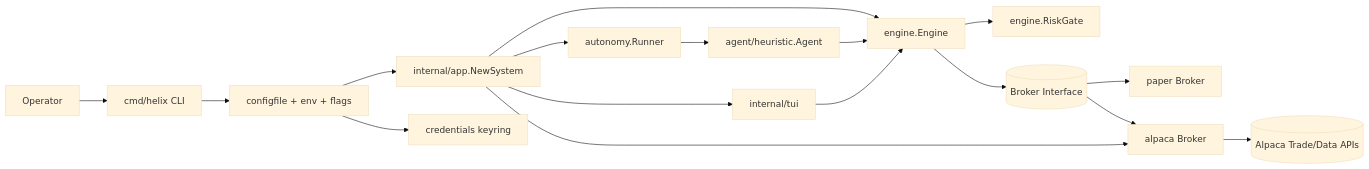
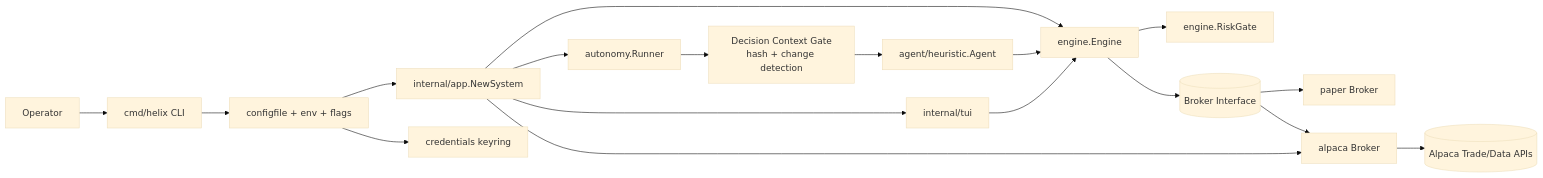
Before and after one commit to nerdstep/helix-tui: the first of 4 diagrams in docs/architecture.md, drawn with Mermaid (base theme). The commit also changed other lines of this file and 16 other files, not shown here.

````diff
--- a/docs/architecture.md
+++ b/docs/architecture.md
@@ -5,34 +5,36 @@
 ```mermaid
 flowchart LR
     U[Operator]
     CLI[cmd/helix CLI]
     CFG[configfile + env + flags]
     APP[internal/app.NewSystem]
     TUI[internal/tui]
     RUNNER[autonomy.Runner]
+    CTX[Decision Context Gate<br/>hash + change detection]
     AGENT[agent/heuristic.Agent]
     ENGINE[engine.Engine]
     RISK[engine.RiskGate]
     KEYRING[credentials keyring]
     AB[(Broker Interface)]
     PBRK[paper Broker]
     ABRK[alpaca Broker]
     ALPACA[(Alpaca Trade/Data APIs)]
 
     U --> CLI
     CLI --> CFG
     CFG --> APP
     CFG --> KEYRING
     APP --> ENGINE
     APP --> TUI
     APP --> RUNNER
-    RUNNER --> AGENT
+    RUNNER --> CTX
+    CTX --> AGENT
     AGENT --> ENGINE
     TUI --> ENGINE
     ENGINE --> RISK
     ENGINE --> AB
     AB --> PBRK
     AB --> ABRK
     ABRK --> ALPACA
     APP --> ABRK
 ```
````
